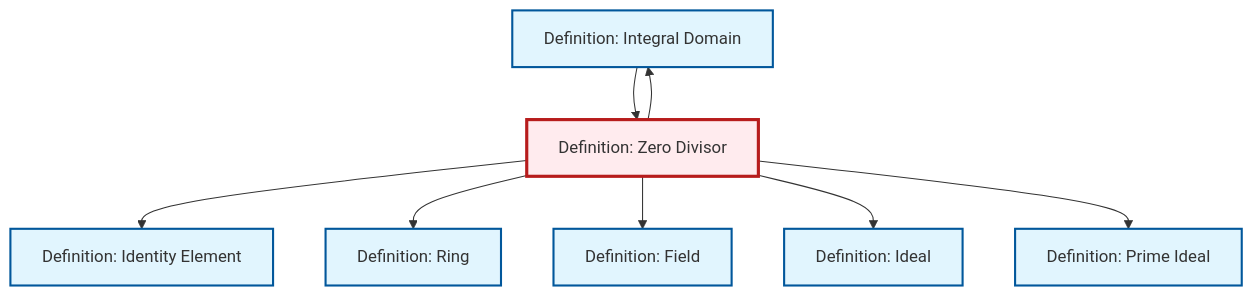
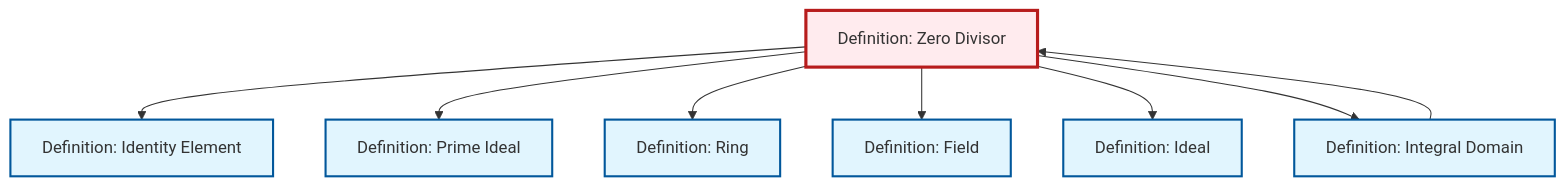
The diagram in content/en/algebra/def-zero-divisor.qmd (RK0429/ModernMath), drawn with Mermaid before and after one commit. The commit also changed other lines of this file and 328 other files, not shown here.

````diff
--- a/content/en/algebra/def-zero-divisor.qmd
+++ b/content/en/algebra/def-zero-divisor.qmd
@@ -118,30 +118,30 @@
 ```{mermaid}
 %%| fig-cap: "Local dependency graph"
 graph TD
     classDef definition fill:#e1f5fe,stroke:#01579b,stroke-width:2px
     classDef theorem fill:#f3e5f5,stroke:#4a148c,stroke-width:2px
     classDef axiom fill:#fff3e0,stroke:#e65100,stroke-width:2px
     classDef example fill:#e8f5e9,stroke:#1b5e20,stroke-width:2px
     classDef current fill:#ffebee,stroke:#b71c1c,stroke-width:3px
-    def-integral-domain["Definition: Integral Domain"]:::definition
-    def-prime-ideal["Definition: Prime Ideal"]:::definition
+    def-field["Definition: Field"]:::definition
     def-zero-divisor["Definition: Zero Divisor"]:::definition
     def-ideal["Definition: Ideal"]:::definition
     def-identity-element["Definition: Identity Element"]:::definition
+    def-integral-domain["Definition: Integral Domain"]:::definition
     def-ring["Definition: Ring"]:::definition
-    def-field["Definition: Field"]:::definition
-    def-zero-divisor --> def-integral-domain
+    def-prime-ideal["Definition: Prime Ideal"]:::definition
     def-zero-divisor --> def-identity-element
+    def-zero-divisor --> def-prime-ideal
     def-zero-divisor --> def-ring
     def-zero-divisor --> def-field
     def-zero-divisor --> def-ideal
-    def-zero-divisor --> def-prime-ideal
+    def-zero-divisor --> def-integral-domain
     def-integral-domain --> def-zero-divisor
     class def-zero-divisor current
-    click def-integral-domain "def-integral-domain.html" "Go to Integral Domain definition"
-    click def-prime-ideal "def-prime-ideal.html" "Go to Prime Ideal definition"
+    click def-field "def-field.html" "Go to Field definition"
     click def-ideal "def-ideal.html" "Go to Ideal definition"
     click def-identity-element "def-identity-element.html" "Go to Identity Element definition"
+    click def-integral-domain "def-integral-domain.html" "Go to Integral Domain definition"
     click def-ring "def-ring.html" "Go to Ring definition"
-    click def-field "def-field.html" "Go to Field definition"
+    click def-prime-ideal "def-prime-ideal.html" "Go to Prime Ideal definition"
 ```
````
